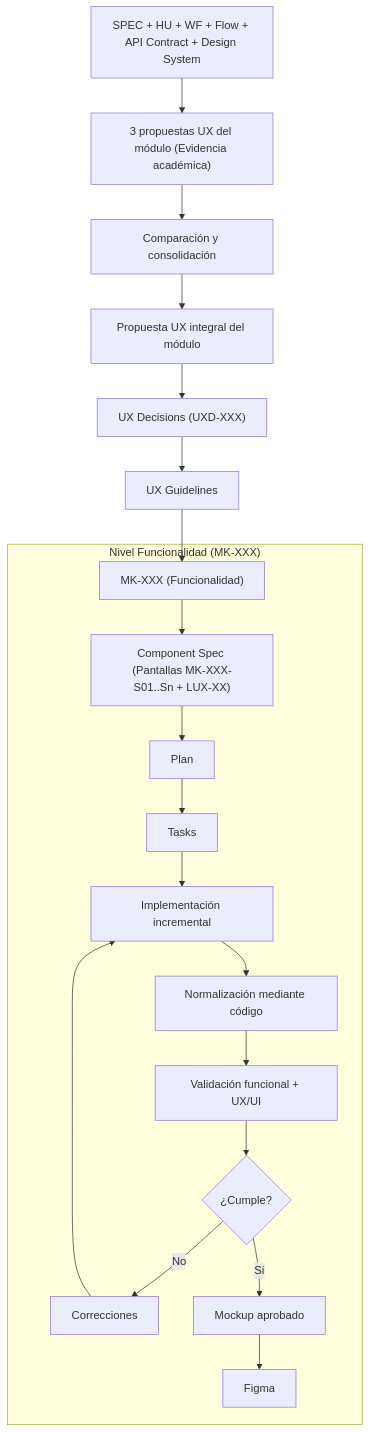
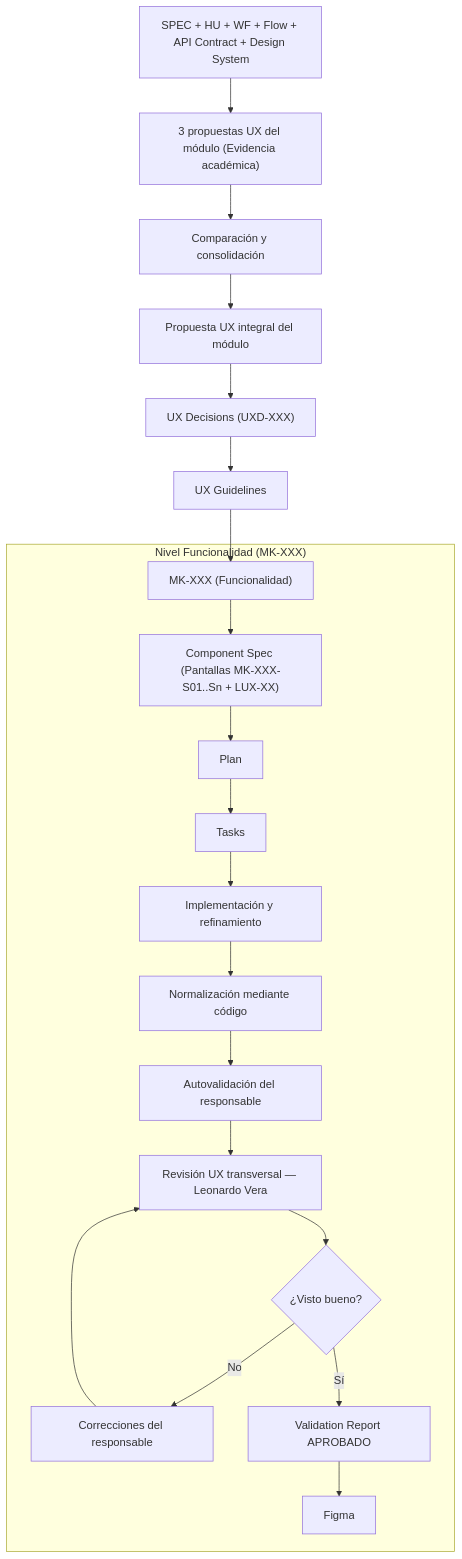
One commit to Taller-SW-Web/G6-Productos-Ofertas-docs changed the diagram in mockups/README.md. Above: the diagram before and after it, drawn with Mermaid. The commit also changed other lines of this file and 4 other files, not shown here.

Commit message:
docs(mockups): incorporar revision transversal y gate de visto bueno

````diff
--- a/mockups/README.md
+++ b/mockups/README.md
@@ -66,42 +66,44 @@
 ```mermaid
 flowchart TD
     A["SPEC + HU + WF + Flow + API Contract + Design System"]
     B["3 propuestas UX del módulo (Evidencia académica)"]
     C["Comparación y consolidación"]
     D["Propuesta UX integral del módulo"]
     E["UX Decisions (UXD-XXX)"]
     F["UX Guidelines"]
 
     A --> B
     B --> C
     C --> D
     D --> E
     E --> F
 
     subgraph Funcionalidad["Nivel Funcionalidad (MK-XXX)"]
         G["MK-XXX (Funcionalidad)"]
         H["Component Spec (Pantallas MK-XXX-S01..Sn + LUX-XX)"]
         I["Plan"]
         J["Tasks"]
-        K["Implementación incremental"]
+        K["Implementación y refinamiento"]
         L["Normalización mediante código"]
-        M["Validación funcional + UX/UI"]
-        N{"¿Cumple?"}
-        O["Correcciones"]
-        P["Mockup aprobado"]
-        Q["Figma"]
+        M["Autovalidación del responsable"]
+        N["Revisión UX transversal — Leonardo Vera"]
+        O{"¿Visto bueno?"}
+        P["Correcciones del responsable"]
+        Q["Validation Report APROBADO"]
+        R["Figma"]
     end
 
     F --> G
     G --> H
     H --> I
     I --> J
     J --> K
     K --> L
     L --> M
     M --> N
-    N -- "No" --> O
-    O --> K
-    N -- "Sí" --> P
-    P --> Q
+    N --> O
+    O -- "No" --> P
+    P --> N
+    O -- "Sí" --> Q
+    Q --> R
 ```
````
